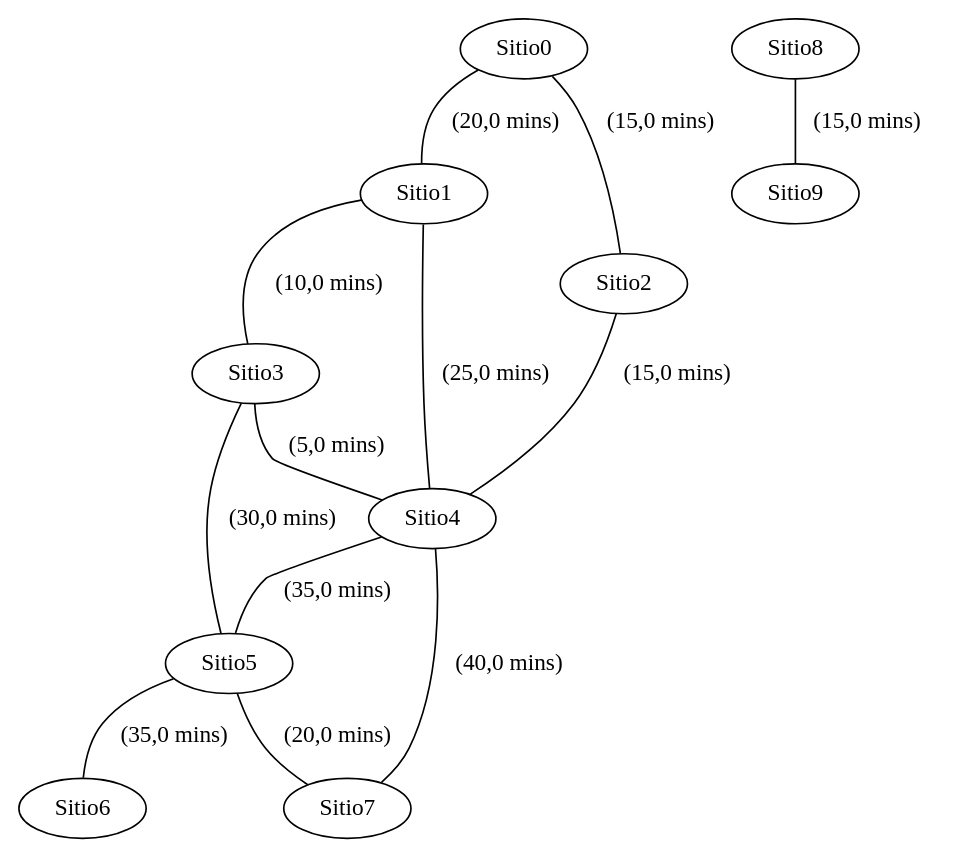
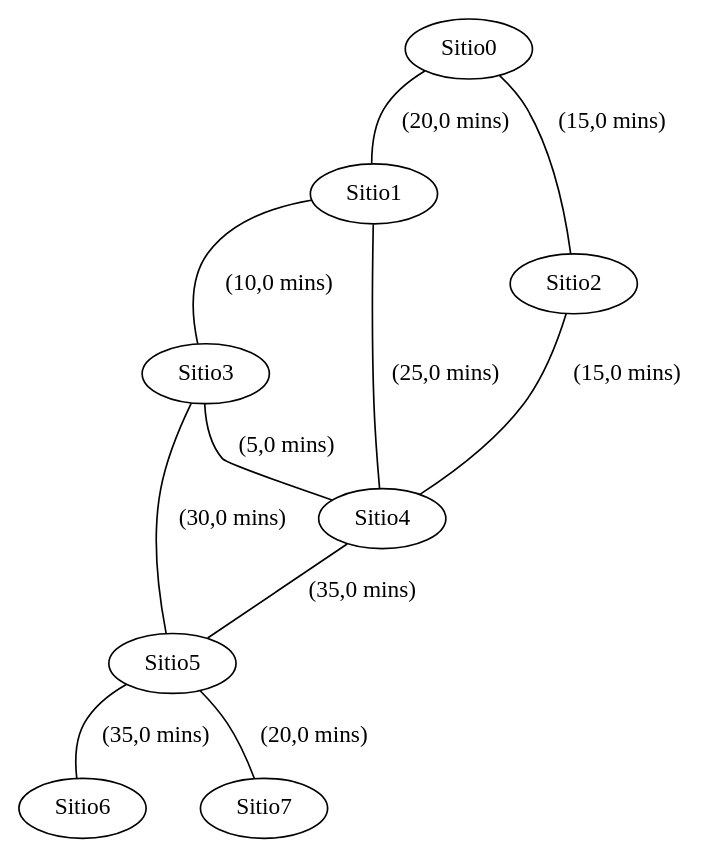
One commit to Alvarofb7/ADDA changed the diagram in PracticaIndividual3_2/ficheros/Ejercicio4.gv. Above: the diagram before and after it, drawn with Graphviz. The commit also changed 7 other files, not shown here.

```diff
--- a/PracticaIndividual3_2/ficheros/Ejercicio4.gv
+++ b/PracticaIndividual3_2/ficheros/Ejercicio4.gv
@@ -1,24 +1,20 @@
 strict graph G {
   1 [ label="Sitio0" ];
   2 [ label="Sitio1" ];
   3 [ label="Sitio2" ];
   4 [ label="Sitio3" ];
   5 [ label="Sitio4" ];
   6 [ label="Sitio5" ];
   7 [ label="Sitio6" ];
   8 [ label="Sitio7" ];
-  9 [ label="Sitio8" ];
-  10 [ label="Sitio9" ];
   1 -- 2 [ label=" (20,0 mins)" ];
   1 -- 3 [ label=" (15,0 mins)" ];
   2 -- 4 [ label=" (10,0 mins)" ];
   2 -- 5 [ label=" (25,0 mins)" ];
   3 -- 5 [ label=" (15,0 mins)" ];
   4 -- 5 [ label=" (5,0 mins)" ];
   4 -- 6 [ label=" (30,0 mins)" ];
   5 -- 6 [ label=" (35,0 mins)" ];
-  5 -- 8 [ label=" (40,0 mins)" ];
   6 -- 7 [ label=" (35,0 mins)" ];
   6 -- 8 [ label=" (20,0 mins)" ];
-  9 -- 10 [ label=" (15,0 mins)" ];
 }
```
